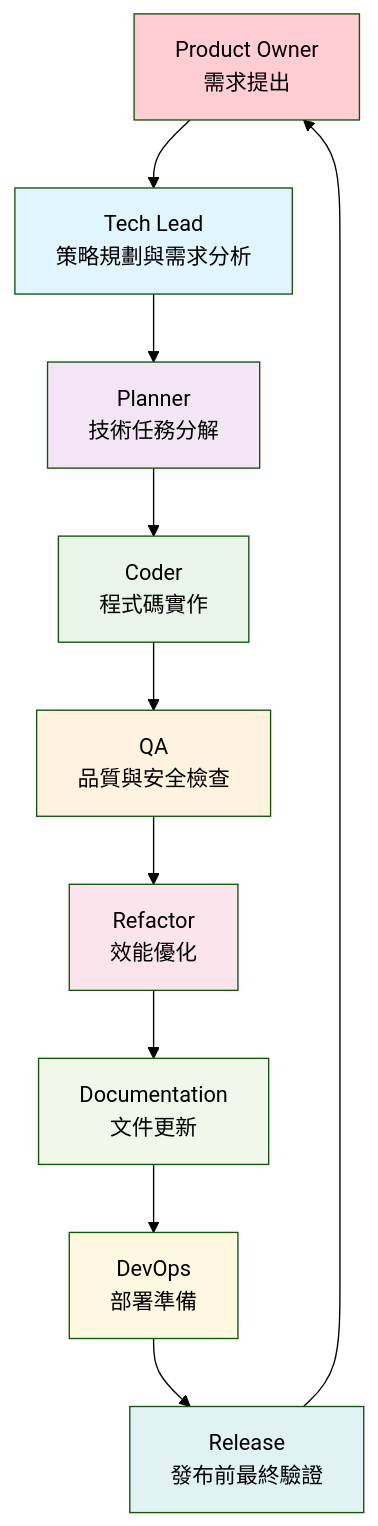
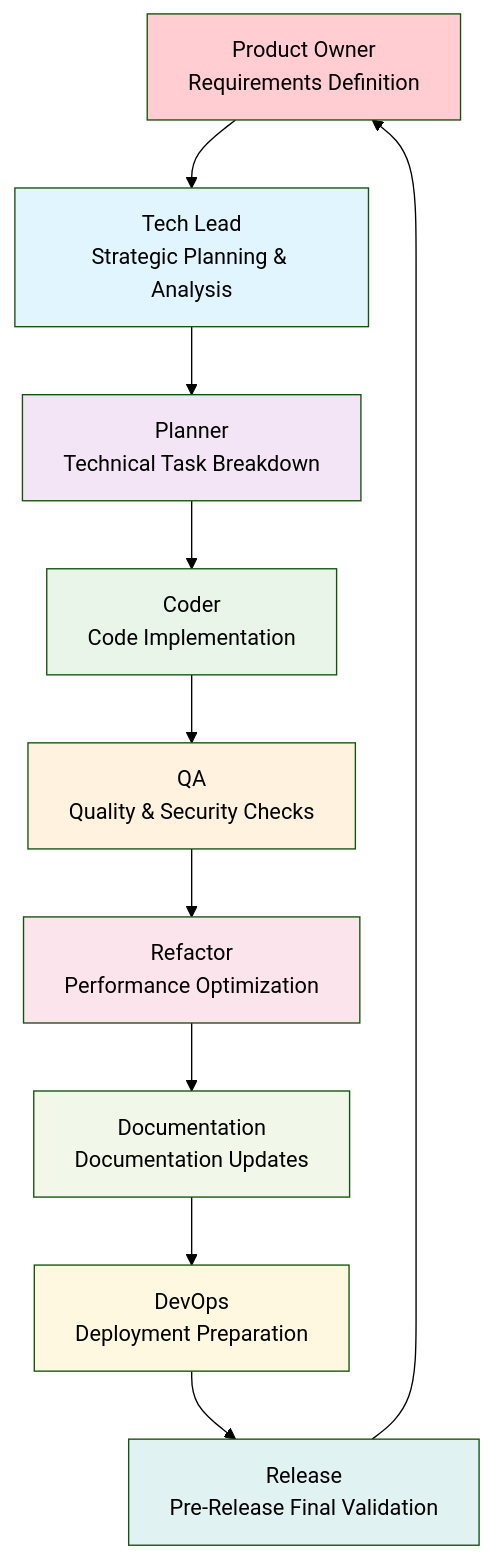
One commit to musingfox/cc-plugins changed the diagram in omt/commands/po.md. Above: the diagram before and after it, drawn with Mermaid (forest theme). The commit also changed 4 other files, not shown here.

````diff
--- a/omt/commands/po.md
+++ b/omt/commands/po.md
@@ -32,22 +32,22 @@
 ```mermaid
 flowchart TD
-    A[Product Owner<br/>需求提出] --> B[Tech Lead<br/>策略規劃與需求分析]
-    B --> C[Planner<br/>技術任務分解]
-    C --> D[Coder<br/>程式碼實作]
-    D --> E[QA<br/>品質與安全檢查]
-    E --> F[Refactor<br/>效能優化]
-    F --> G[Documentation<br/>文件更新]
-    G --> H[DevOps<br/>部署準備]
-    H --> I[Release<br/>發布前最終驗證]
+    A[Product Owner<br/>Requirements Definition] --> B[Tech Lead<br/>Strategic Planning & Analysis]
+    B --> C[Planner<br/>Technical Task Breakdown]
+    C --> D[Coder<br/>Code Implementation]
+    D --> E[QA<br/>Quality & Security Checks]
+    E --> F[Refactor<br/>Performance Optimization]
+    F --> G[Documentation<br/>Documentation Updates]
+    G --> H[DevOps<br/>Deployment Preparation]
+    H --> I[Release<br/>Pre-Release Final Validation]
     I --> A
 
     style A fill:#ffcdd2
     style B fill:#e1f5fe
     style C fill:#f3e5f5
     style D fill:#e8f5e8
     style E fill:#fff3e0
     style F fill:#fce4ec
     style G fill:#f1f8e9
     style H fill:#fff8e1
     style I fill:#e0f2f1
 ```
````
